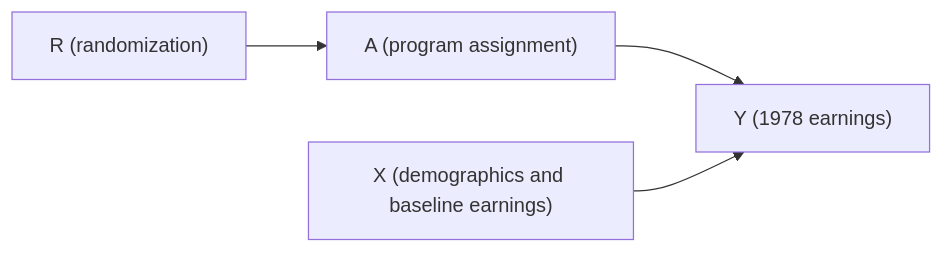
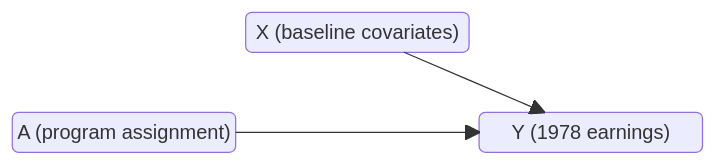
One commit to Statsinference/Statistical-Intelligence-Arena changed the diagram in website/data-submissions/real-data/EXAMPLE.md. Above: the diagram before and after it, drawn with Mermaid. The commit also changed other lines of this file and 10 other files, not shown here.

Commit message:
Use triangular causal diagrams and define structural symbols

````diff
--- a/website/data-submissions/real-data/EXAMPLE.md
+++ b/website/data-submissions/real-data/EXAMPLE.md
@@ -24,6 +24,9 @@
 ```mermaid
-flowchart LR
-    R["R (randomization)"] --> A["A (program assignment)"]
-    A --> Y["Y (1978 earnings)"]
-    X["X (demographics and baseline earnings)"] --> Y
+block-beta
+  columns 3
+  space X("X (baseline covariates)") space
+  space:3
+  A("A (program assignment)") space Y("Y (1978 earnings)")
+  A --> Y
+  X --> Y
 ```
````
